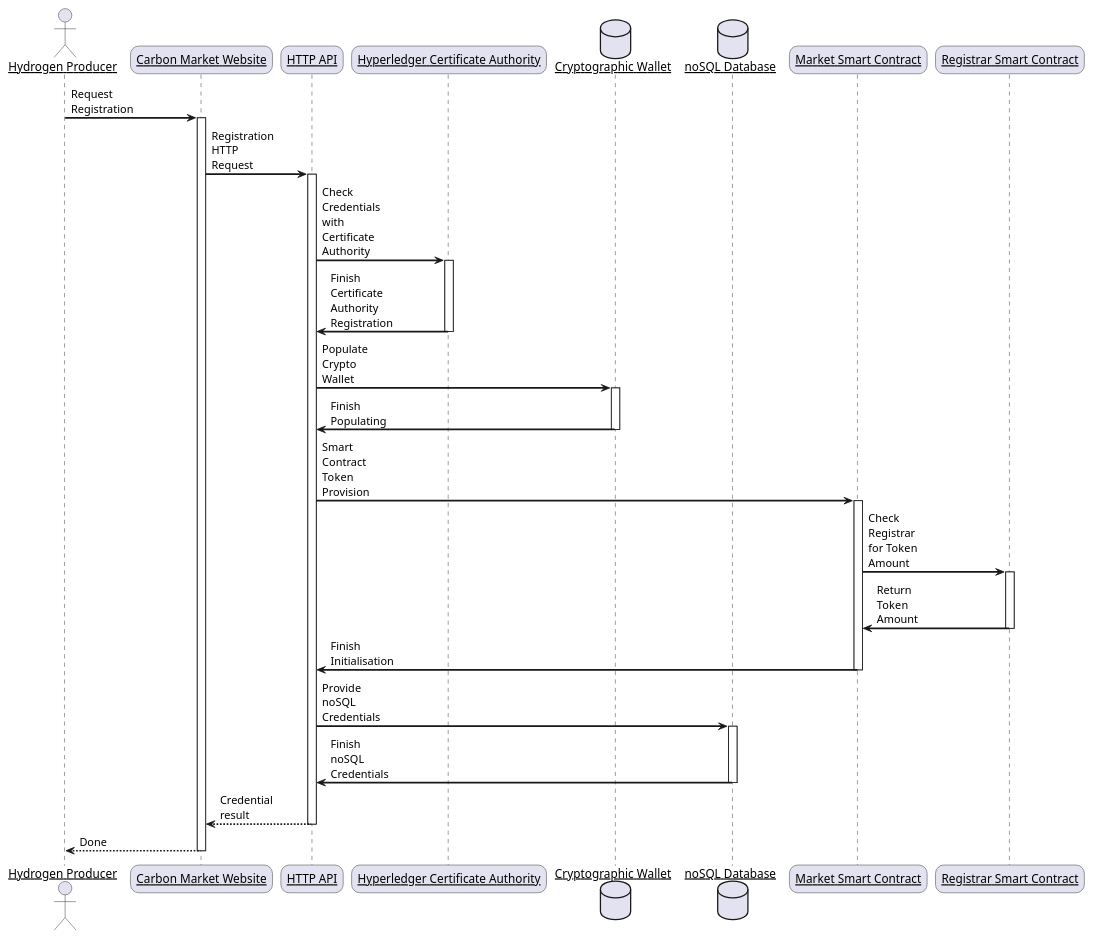
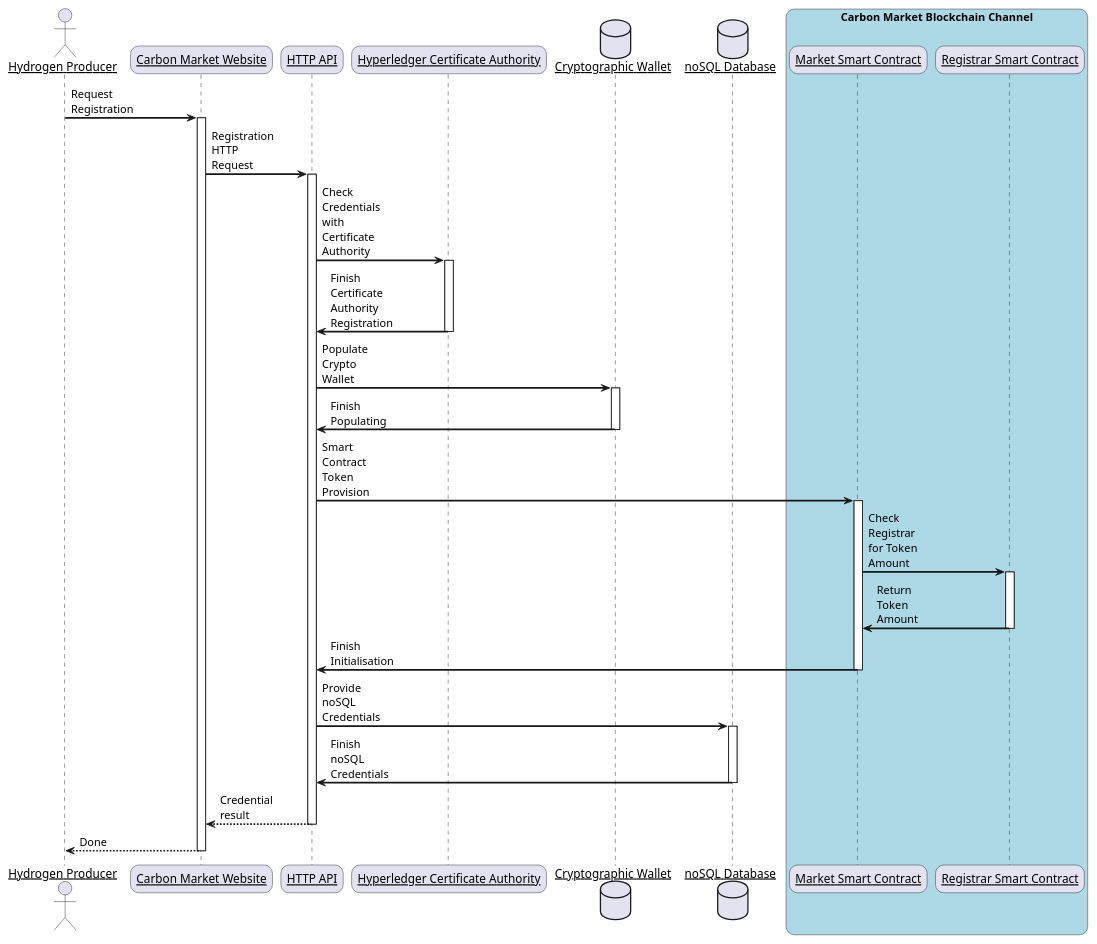
Before and after one commit to oscargolding/Carboncoin-ESG: the diagram in diagrams/accountCreation.pu, drawn with PlantUML. The commit also changed 35 other files, not shown here.

```diff
--- a/diagrams/accountCreation.pu
+++ b/diagrams/accountCreation.pu
@@ -1,49 +1,50 @@
-@startuml AccontCreation
+@startuml AccountCreation
 skinparam sequenceArrowThickness 2
 skinparam roundcorner 20
 skinparam maxmessagesize 60
 skinparam sequenceParticipant underline
 
 actor "Hydrogen Producer" as User
 participant "Carbon Market Website" as A
 participant "HTTP API" as B
 participant "Hyperledger Certificate Authority" as C
 database "Cryptographic Wallet" as D
 database "noSQL Database" as E
+box "Carbon Market Blockchain Channel" #LightBlue
 participant "Market Smart Contract" as F
 participant "Registrar Smart Contract" as G
 
 User -> A: Request Registration
 activate A
 
 A -> B: Registration HTTP Request
 activate B
 
 B -> C: Check Credentials with Certificate Authority
 activate C
 C -> B: Finish Certificate Authority Registration
 deactivate C
 B -> D: Populate Crypto Wallet
 activate D
 D -> B: Finish Populating
 deactivate D
 B -> F: Smart Contract Token Provision
 activate F
 F -> G: Check Registrar for Token Amount
 activate G
 G -> F: Return Token Amount
 deactivate G
 F -> B: Finish Initialisation
 deactivate F
 B -> E: Provide noSQL Credentials
 activate E
 E -> B: Finish noSQL Credentials
 deactivate E
 
 B --> A: Credential result
 deactivate B
 
 A --> User: Done
 deactivate A
 
 @enduml
```
